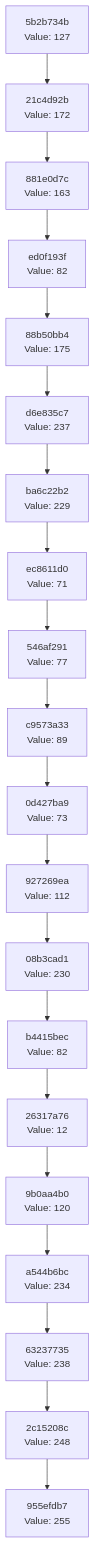
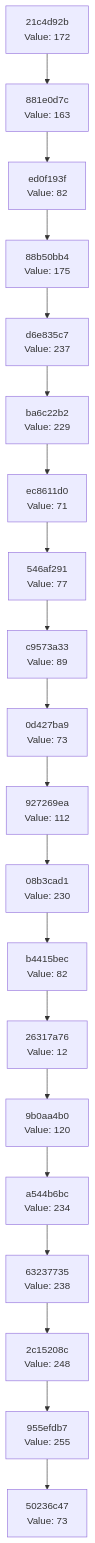
Before and after one commit to Abhisheksinha1506/hash-chain-evolver: the diagram in docs/CHAIN_VISUALIZATION.md, drawn with Mermaid. The commit also changed 2 other files, not shown here.

Commit message:
Evolution Step

````diff
--- a/docs/CHAIN_VISUALIZATION.md
+++ b/docs/CHAIN_VISUALIZATION.md
@@ -3,42 +3,42 @@
 ```mermaid
 graph TD
-    C0["955efdb7<br/>Value: 255"]
-    C1["2c15208c<br/>Value: 248"]
+    C0["50236c47<br/>Value: 73"]
+    C1["955efdb7<br/>Value: 255"]
     C1 --> C0
-    C2["63237735<br/>Value: 238"]
+    C2["2c15208c<br/>Value: 248"]
     C2 --> C1
-    C3["a544b6bc<br/>Value: 234"]
+    C3["63237735<br/>Value: 238"]
     C3 --> C2
-    C4["9b0aa4b0<br/>Value: 120"]
+    C4["a544b6bc<br/>Value: 234"]
     C4 --> C3
-    C5["26317a76<br/>Value: 12"]
+    C5["9b0aa4b0<br/>Value: 120"]
     C5 --> C4
-    C6["b4415bec<br/>Value: 82"]
+    C6["26317a76<br/>Value: 12"]
     C6 --> C5
-    C7["08b3cad1<br/>Value: 230"]
+    C7["b4415bec<br/>Value: 82"]
     C7 --> C6
-    C8["927269ea<br/>Value: 112"]
+    C8["08b3cad1<br/>Value: 230"]
     C8 --> C7
-    C9["0d427ba9<br/>Value: 73"]
+    C9["927269ea<br/>Value: 112"]
     C9 --> C8
-    C10["c9573a33<br/>Value: 89"]
+    C10["0d427ba9<br/>Value: 73"]
     C10 --> C9
-    C11["546af291<br/>Value: 77"]
+    C11["c9573a33<br/>Value: 89"]
     C11 --> C10
-    C12["ec8611d0<br/>Value: 71"]
+    C12["546af291<br/>Value: 77"]
     C12 --> C11
-    C13["ba6c22b2<br/>Value: 229"]
+    C13["ec8611d0<br/>Value: 71"]
     C13 --> C12
-    C14["d6e835c7<br/>Value: 237"]
+    C14["ba6c22b2<br/>Value: 229"]
     C14 --> C13
-    C15["88b50bb4<br/>Value: 175"]
+    C15["d6e835c7<br/>Value: 237"]
     C15 --> C14
-    C16["ed0f193f<br/>Value: 82"]
+    C16["88b50bb4<br/>Value: 175"]
     C16 --> C15
-    C17["881e0d7c<br/>Value: 163"]
+    C17["ed0f193f<br/>Value: 82"]
     C17 --> C16
-    C18["21c4d92b<br/>Value: 172"]
+    C18["881e0d7c<br/>Value: 163"]
     C18 --> C17
-    C19["5b2b734b<br/>Value: 127"]
+    C19["21c4d92b<br/>Value: 172"]
     C19 --> C18
 ```
````
